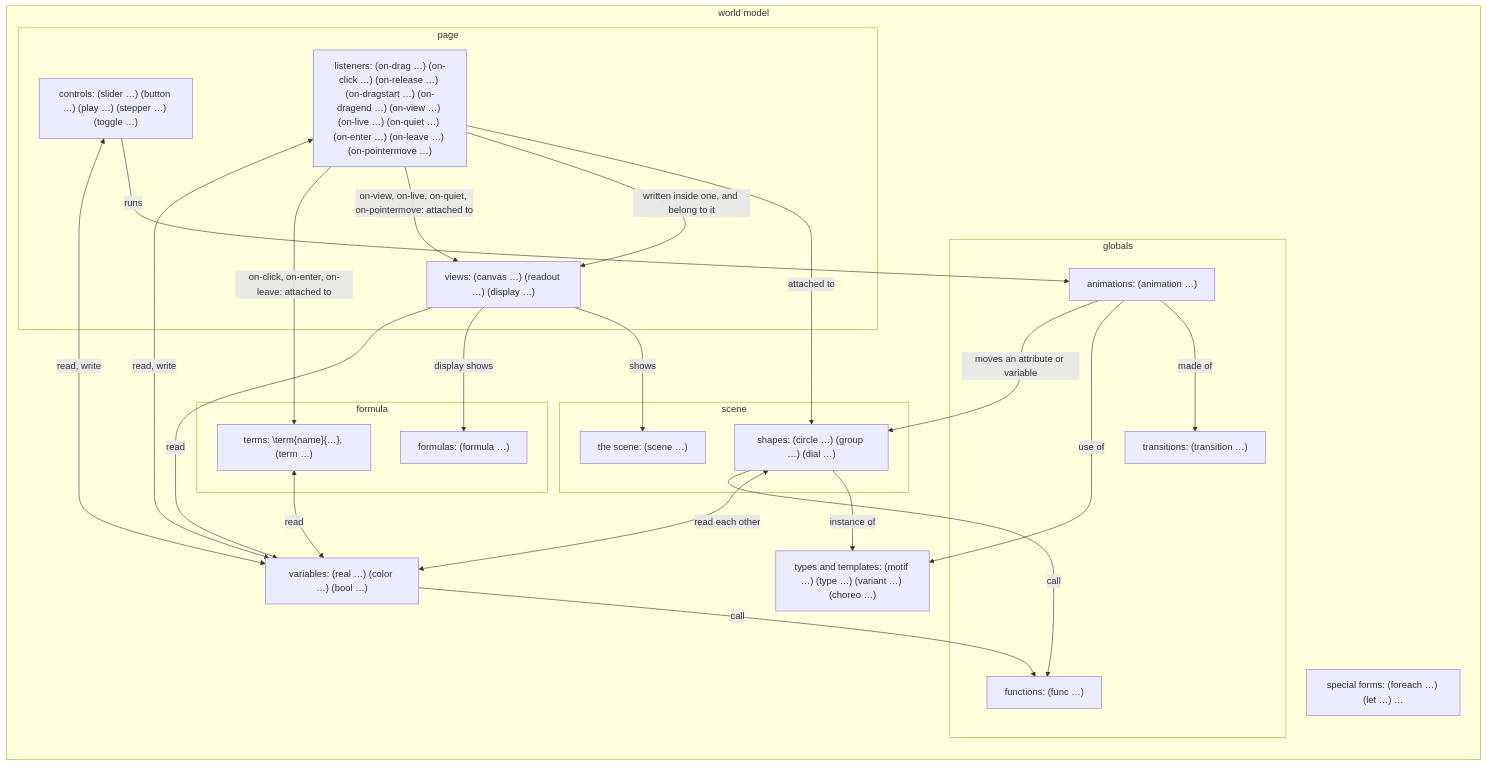
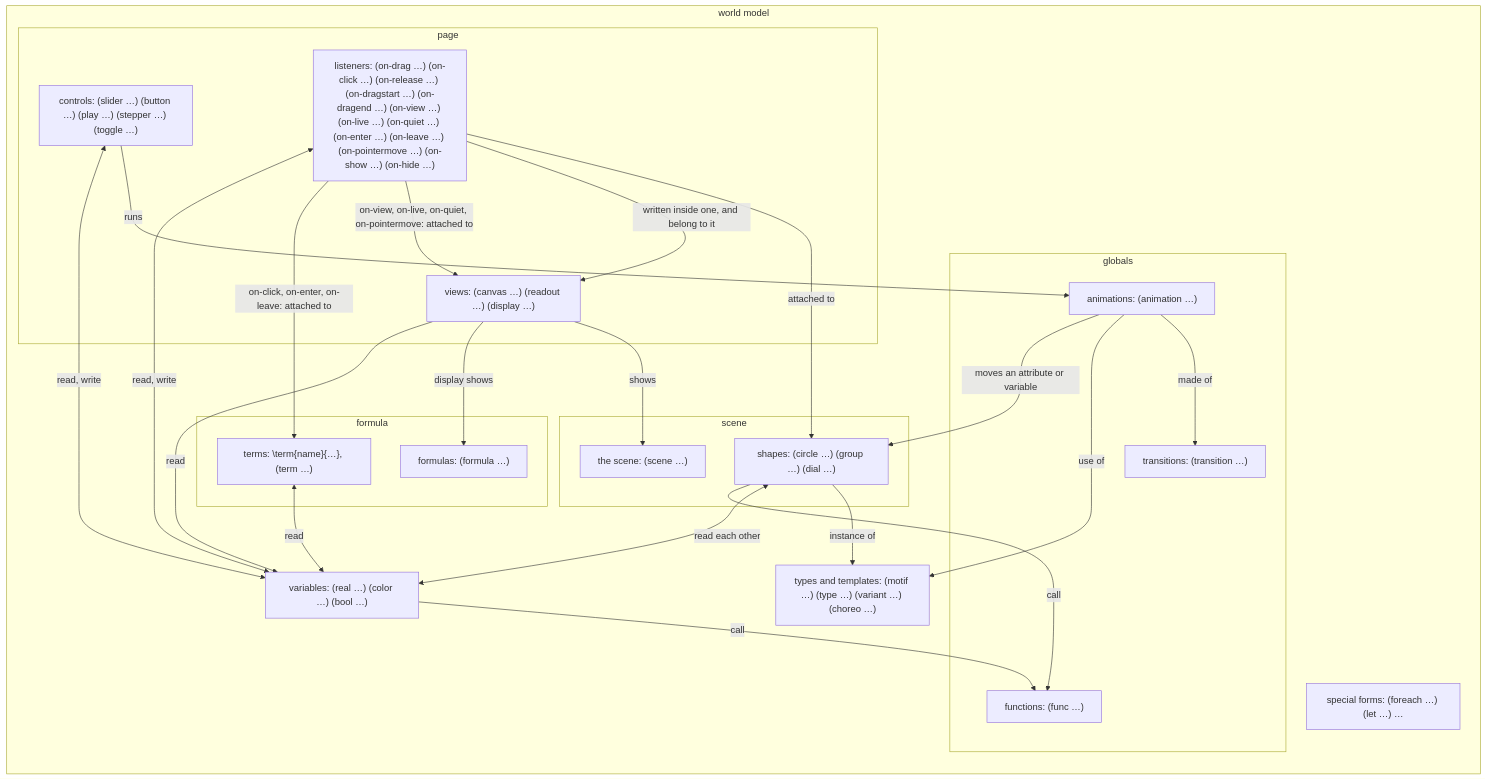
Before and after one commit to aris-pub/mathterpiece: the second of 3 diagrams in docs/data-model.md, drawn with Mermaid. The commit also changed other lines of this file and 17 other files, not shown here.

First line of the commit message:
on-show and on-hide: a canvas animates a stand-in, never the scene (mtp-7i3j)

````diff
--- a/docs/data-model.md
+++ b/docs/data-model.md
@@ -98,42 +98,42 @@
 ```mermaid
 flowchart LR
   subgraph wm [world model]
     types["types and templates: (motif …) (type …) (variant …) (choreo …)"]
     special["special forms: (foreach …) (let …) …"]
     subgraph scene
       sc["the scene: (scene …)"]
       shapes["shapes: (circle …) (group …) (dial …)"]
     end
     subgraph formula
       fm["formulas: (formula …)"]
       terms["terms: \term{name}{…}, (term …)"]
     end
     vars["variables: (real …) (color …) (bool …)"]
     subgraph globals
       funcs["functions: (func …)"]
       trans["transitions: (transition …)"]
       anims["animations: (animation …)"]
     end
     subgraph page
       views["views: (canvas …) (readout …) (display …)"]
-      listeners["listeners: (on-drag …) (on-click …) (on-release …) (on-dragstart …) (on-dragend …) (on-view …) (on-live …) (on-quiet …) (on-enter …) (on-leave …) (on-pointermove …)"]
+      listeners["listeners: (on-drag …) (on-click …) (on-release …) (on-dragstart …) (on-dragend …) (on-view …) (on-live …) (on-quiet …) (on-enter …) (on-leave …) (on-pointermove …) (on-show …) (on-hide …)"]
       controls["controls: (slider …) (button …) (play …) (stepper …) (toggle …)"]
     end
   end
   shapes -->|instance of| types
   shapes <-->|read each other| vars
   vars & shapes -->|call| funcs
   anims -->|made of| trans
   anims -->|use of| types
   anims -->|moves an attribute or variable| shapes
   controls -->|runs| anims
   listeners -->|attached to| shapes
   listeners -->|written inside one, and belong to it| views
   listeners -->|on-view, on-live, on-quiet, on-pointermove: attached to| views
   views -->|shows| sc
   views -->|display shows| fm
   listeners -->|on-click, on-enter, on-leave: attached to| terms
   terms <-->|read| vars
   views -->|read| vars
   listeners & controls <-->|read, write| vars
 ```
````
